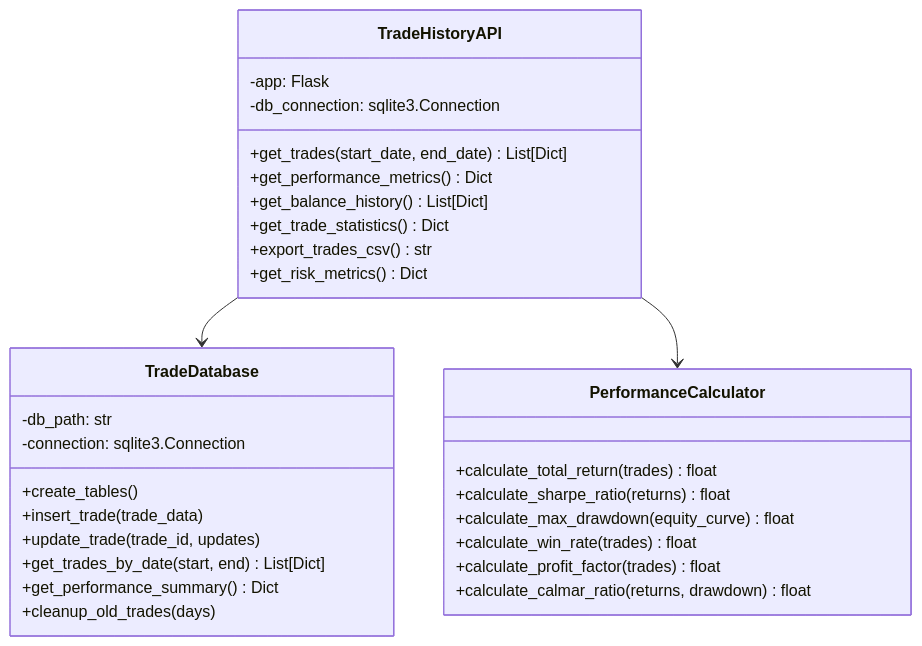
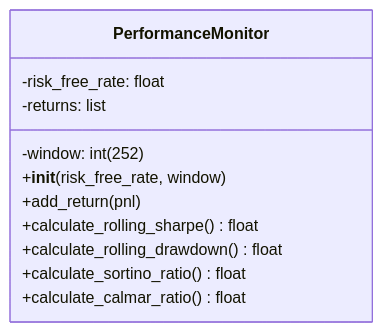
Before and after one commit to cluster2600/ELVIS: the fourth of 7 diagrams in docs/utilities_monitoring.md, drawn with Mermaid. The commit also changed other lines of this file and 60 other files, not shown here.

````diff
--- a/docs/utilities_monitoring.md
+++ b/docs/utilities_monitoring.md
@@ -188,36 +328,14 @@
 ```mermaid
 classDiagram
-    class TradeHistoryAPI {
-        -app: Flask
-        -db_connection: sqlite3.Connection
-        +get_trades(start_date, end_date) List[Dict]
-        +get_performance_metrics() Dict
-        +get_balance_history() List[Dict]
-        +get_trade_statistics() Dict
-        +export_trades_csv() str
-        +get_risk_metrics() Dict
+    class PerformanceMonitor {
+        -risk_free_rate: float
+        -window: int (252)
+        -returns: list
+        +__init__(risk_free_rate, window)
+        +add_return(pnl)
+        +calculate_rolling_sharpe() float
+        +calculate_rolling_drawdown() float
+        +calculate_sortino_ratio() float
+        +calculate_calmar_ratio() float
     }
-    
-    class TradeDatabase {
-        -db_path: str
-        -connection: sqlite3.Connection
-        +create_tables()
-        +insert_trade(trade_data)
-        +update_trade(trade_id, updates)
-        +get_trades_by_date(start, end) List[Dict]
-        +get_performance_summary() Dict
-        +cleanup_old_trades(days)
-    }
-    
-    class PerformanceCalculator {
-        +calculate_total_return(trades) float
-        +calculate_sharpe_ratio(returns) float
-        +calculate_max_drawdown(equity_curve) float
-        +calculate_win_rate(trades) float
-        +calculate_profit_factor(trades) float
-        +calculate_calmar_ratio(returns, drawdown) float
-    }
-    
-    TradeHistoryAPI --> TradeDatabase
-    TradeHistoryAPI --> PerformanceCalculator
 ```
````
